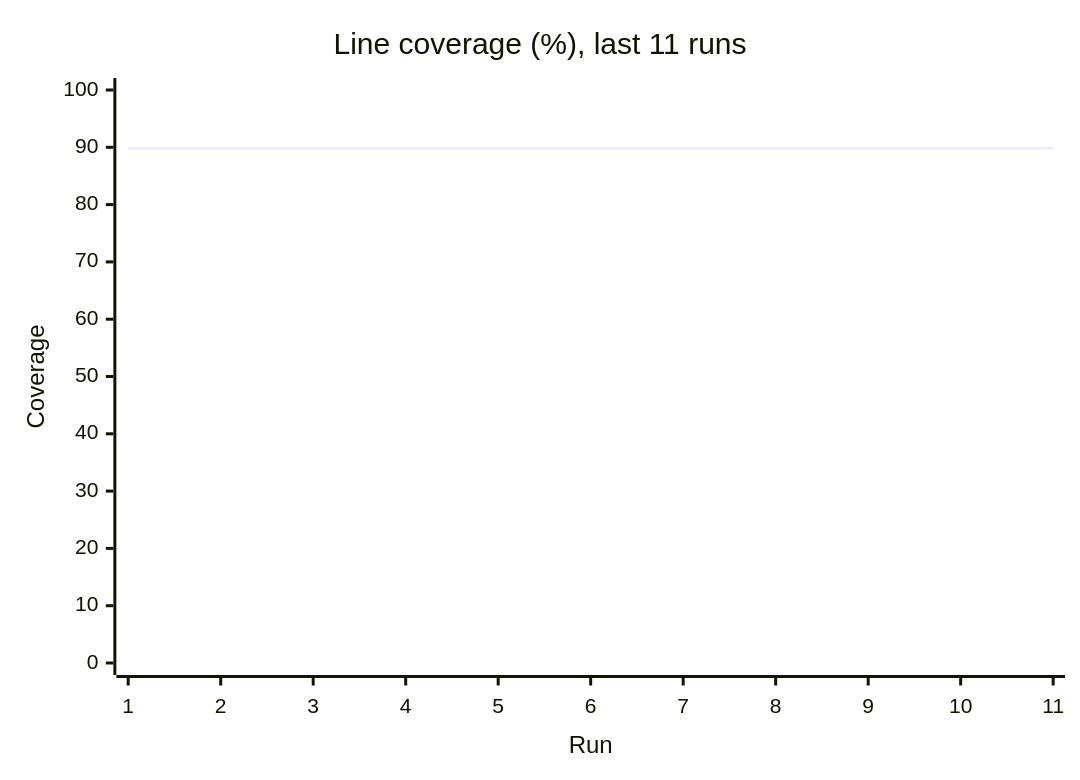
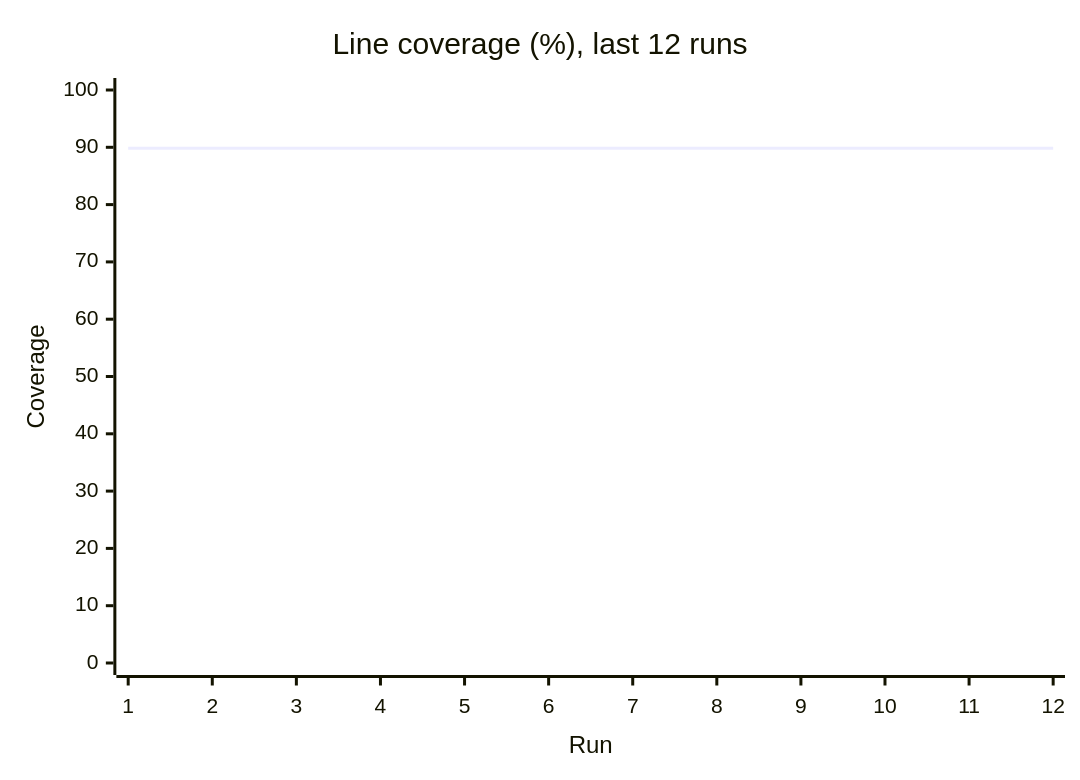
The third of 3 diagrams in reports/summary.md (Shirojoufu/DORA-Metrics), drawn with Mermaid before and after one commit. The commit also changed other lines of this file and 5 other files, not shown here.

````diff
--- a/reports/summary.md
+++ b/reports/summary.md
@@ -33,7 +33,7 @@
 ```mermaid
 xychart-beta
-    title "Line coverage (%), last 11 runs"
-    x-axis "Run" [1, 2, 3, 4, 5, 6, 7, 8, 9, 10, 11]
+    title "Line coverage (%), last 12 runs"
+    x-axis "Run" [1, 2, 3, 4, 5, 6, 7, 8, 9, 10, 11, 12]
     y-axis "Coverage" 0 --> 100
-    line [89.82, 89.82, 89.82, 89.82, 89.82, 89.82, 89.82, 89.82, 89.82, 89.82, 89.82]
+    line [89.82, 89.82, 89.82, 89.82, 89.82, 89.82, 89.82, 89.82, 89.82, 89.82, 89.82, 89.82]
 ```
````
